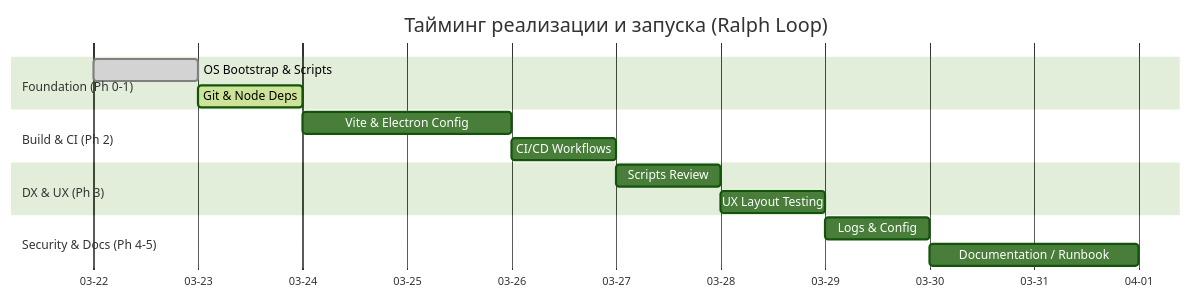
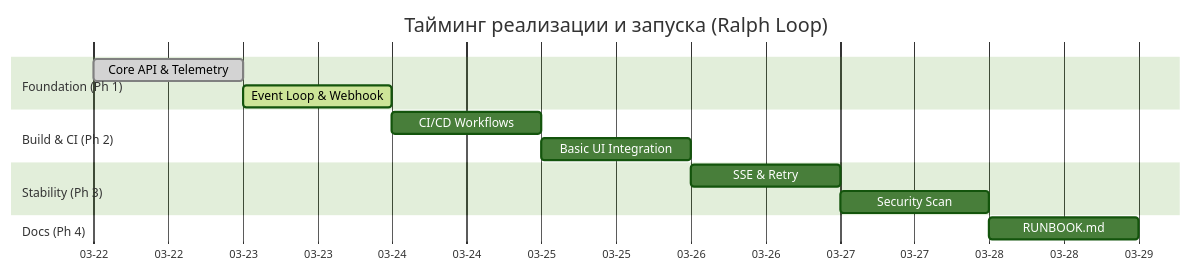
One commit to huivrotiki/shadow-stack-widget-1 changed the second of 3 diagrams in PHASES.md. Above: the diagram before and after it, drawn with Mermaid (forest theme). The commit also changed other lines of this file and 3 other files, not shown here.

Commit message:
feat: optimize to 4 phases, add event loop, telegram webhook, and orchestrator start script

````diff
--- a/PHASES.md
+++ b/PHASES.md
@@ -21,22 +20,21 @@
 ```mermaid
 gantt
     title Тайминг реализации и запуска (Ralph Loop)
     dateFormat  YYYY-MM-DD
     axisFormat  %m-%d
     
-    section Foundation (Ph 0-1)
-    OS Bootstrap & Scripts  :done,    p0, 2026-03-22, 1d
-    Git & Node Deps         :active,  p1, after p0, 1d
+    section Foundation (Ph 1)
+    Core API & Telemetry    :done,    p0, 2026-03-22, 1d
+    Event Loop & Webhook    :active,  p1, after p0, 1d
     
     section Build & CI (Ph 2)
-    Vite & Electron Config  :         p2, after p1, 2d
-    CI/CD Workflows         :         p2b, after p2, 1d
+    CI/CD Workflows         :         p2, after p1, 1d
+    Basic UI Integration    :         p2b, after p2, 1d
     
-    section DX & UX (Ph 3)
-    Scripts Review          :         p3, after p2b, 1d
-    UX Layout Testing       :         p3b, after p3, 1d
+    section Stability (Ph 3)
+    SSE & Retry             :         p3, after p2b, 1d
+    Security Scan           :         p3b, after p3, 1d
     
-    section Security & Docs (Ph 4-5)
-    Logs & Config           :         p4, after p3b, 1d
-    Documentation / Runbook :         p5, after p4, 2d
+    section Docs (Ph 4)
+    RUNBOOK.md              :         p4, after p3b, 1d
 ```
````
